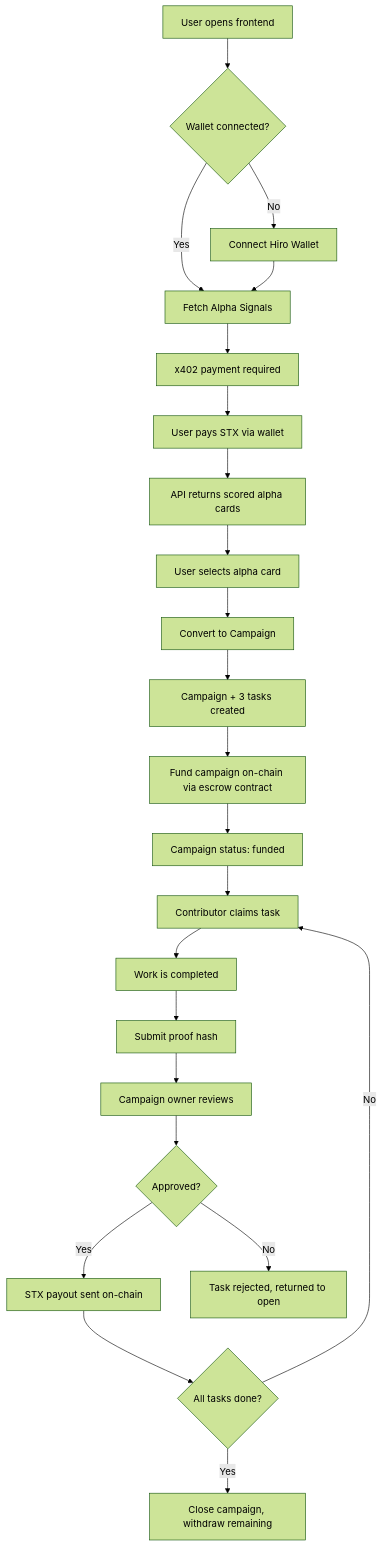
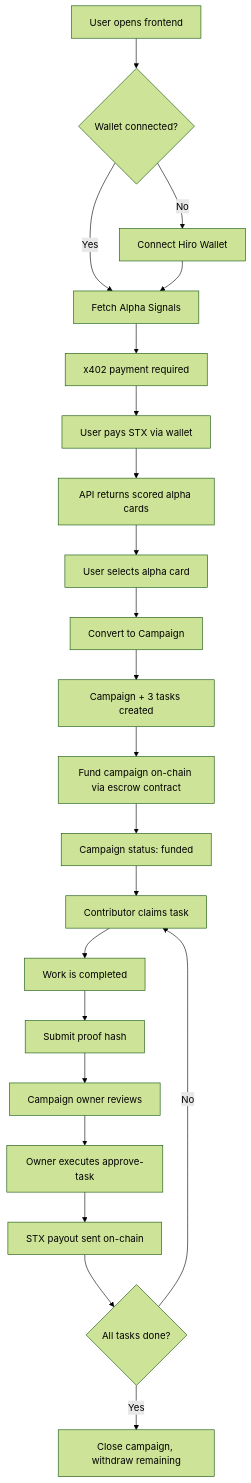
The first of 2 diagrams in README.md (unclekaldoteth/ThesisRail), drawn with Mermaid (forest theme) before and after one commit. The commit also changed other lines of this file and 7 other files, not shown here.

````diff
--- a/README.md
+++ b/README.md
@@ -52,29 +52,28 @@
 ```mermaid
 flowchart TD
     A[User opens frontend] --> B{Wallet connected?}
     B -- No --> C[Connect Hiro Wallet]
     B -- Yes --> D[Fetch Alpha Signals]
     C --> D
 
     D --> E[x402 payment required]
     E --> F[User pays STX via wallet]
     F --> G[API returns scored alpha cards]
 
     G --> H[User selects alpha card]
     H --> I[Convert to Campaign]
     I --> J[Campaign + 3 tasks created]
     J --> K[Fund campaign on-chain via escrow contract]
     K --> L[Campaign status: funded]
 
     L --> M[Contributor claims task]
     M --> N[Work is completed]
     N --> O[Submit proof hash]
     O --> P[Campaign owner reviews]
-    P --> Q{Approved?}
-    Q -- Yes --> R[STX payout sent on-chain]
-    Q -- No --> S[Task rejected, returned to open]
+    P --> R[Owner executes approve-task]
+    R --> S[STX payout sent on-chain]
 
-    R --> T{All tasks done?}
+    S --> T{All tasks done?}
     T -- Yes --> U[Close campaign, withdraw remaining]
     T -- No --> M
 ```
````
